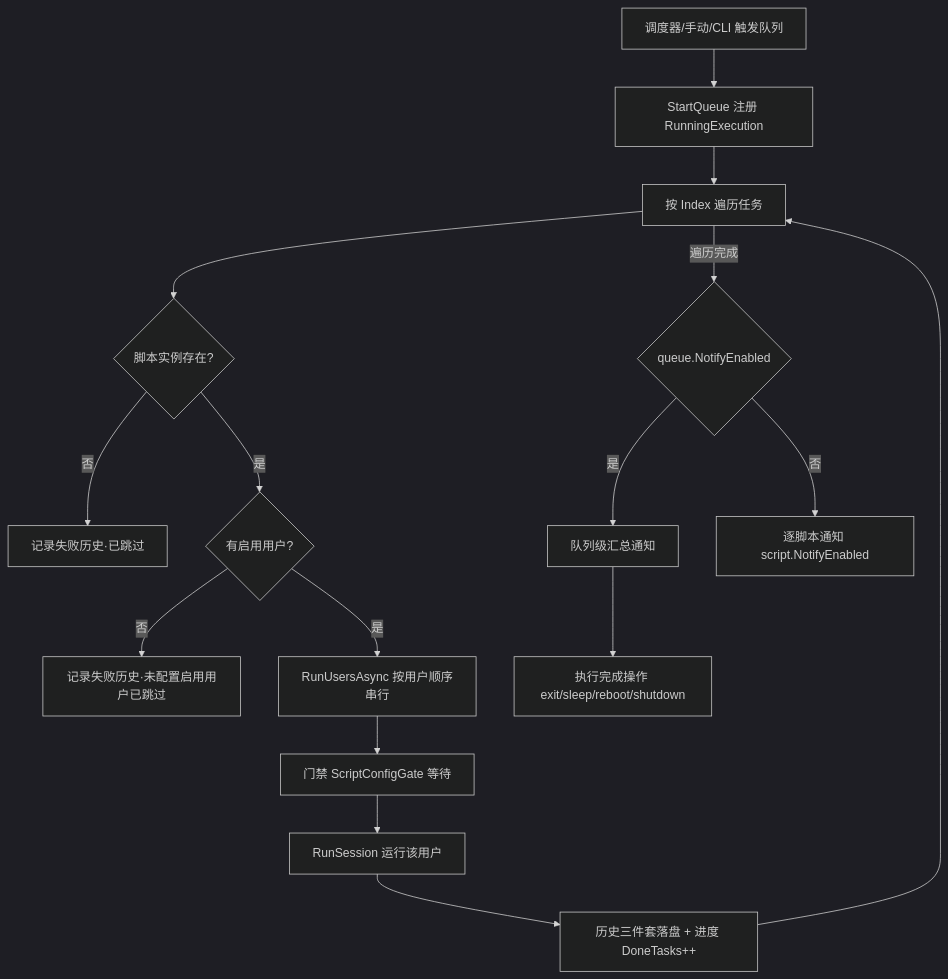
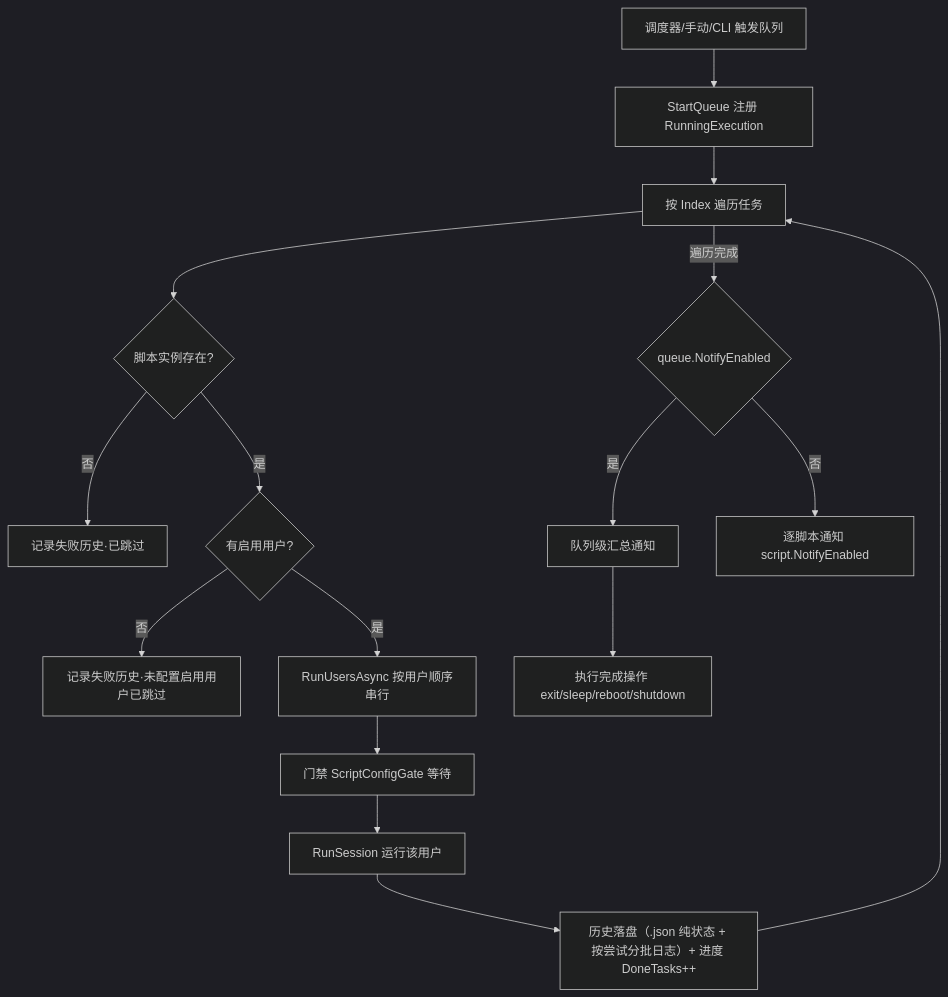
Before and after one commit to FlappiBakuse/NexusPipeline: the second of 4 diagrams in docs/DESIGN.md, drawn with Mermaid (dark theme). The commit also changed other lines of this file and 3 other files, not shown here.

````diff
--- a/docs/DESIGN.md
+++ b/docs/DESIGN.md
@@ -109,18 +109,18 @@
 ```mermaid
 flowchart TD
     A[调度器/手动/CLI 触发队列] --> B[StartQueue 注册 RunningExecution]
     B --> C[按 Index 遍历任务]
     C --> D{脚本实例存在?}
     D -- 否 --> E[记录失败历史·已跳过]
     D -- 是 --> F{有启用用户?}
     F -- 否 --> G[记录失败历史·未配置启用用户已跳过]
     F -- 是 --> H[RunUsersAsync 按用户顺序串行]
     H --> I[门禁 ScriptConfigGate 等待]
     I --> J[RunSession 运行该用户]
-    J --> K[历史三件套落盘 + 进度 DoneTasks++]
+    J --> K[历史落盘（.json 纯状态 + 按尝试分批日志）+ 进度 DoneTasks++]
     K --> C
     C -- 遍历完成 --> L{queue.NotifyEnabled}
     L -- 是 --> M[队列级汇总通知]
     L -- 否 --> N[逐脚本通知 script.NotifyEnabled]
     M --> O[执行完成操作 exit/sleep/reboot/shutdown]
 ```
````
